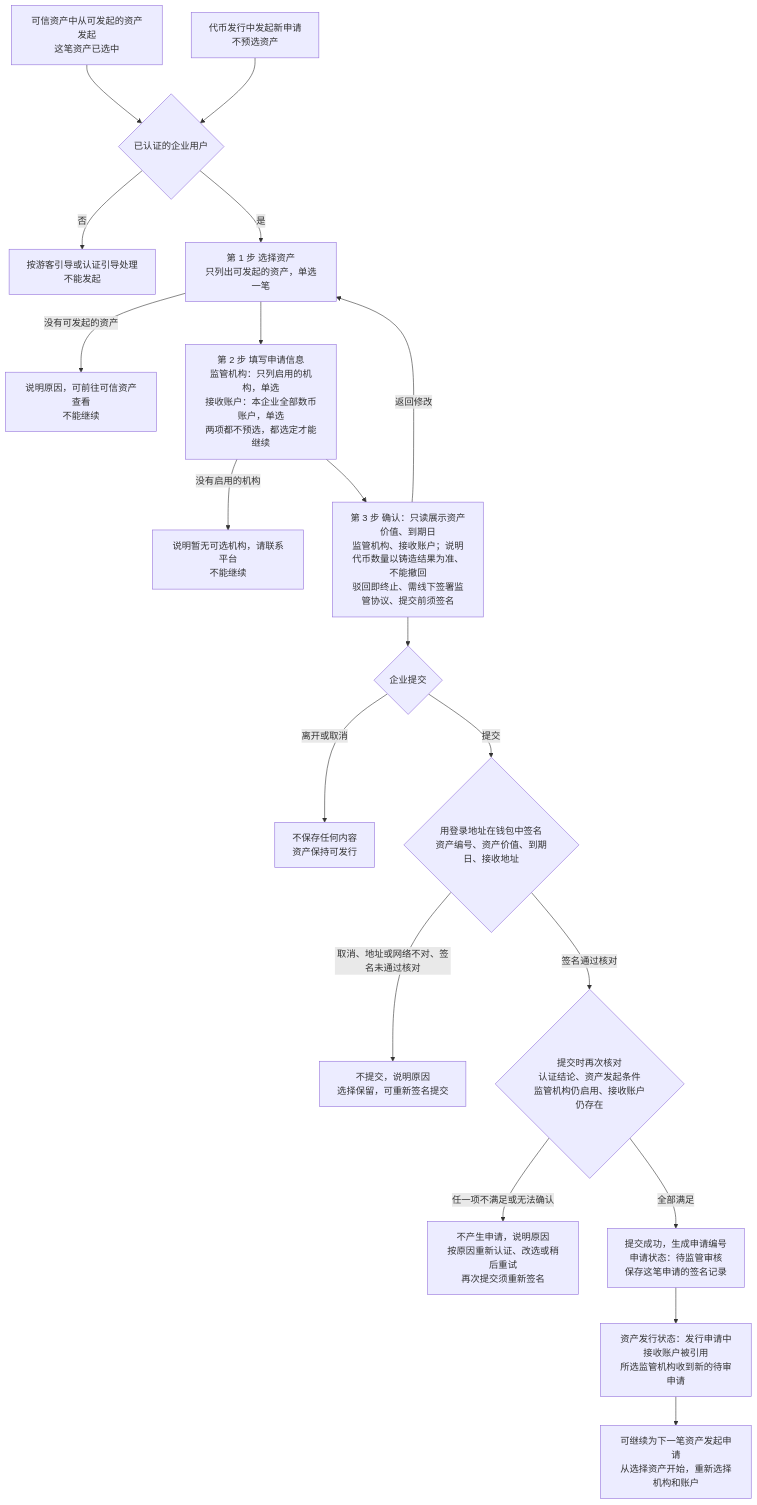
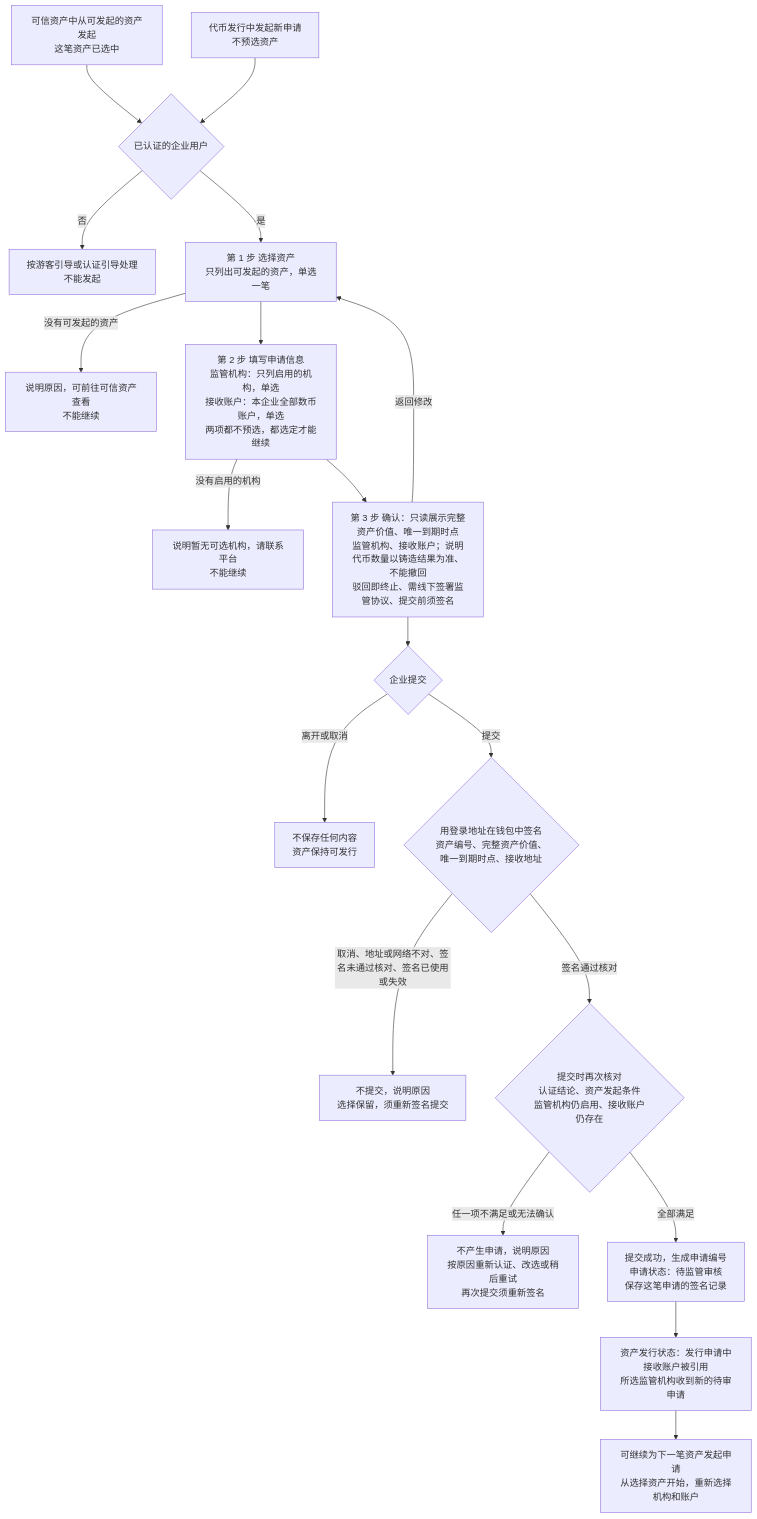
The first of 3 diagrams in token-issuance-platform/PRD/面客端/M3a-代币发行-企业申请/02-代币发行-企业申请-流程图与状态机.md (wxblockchain/Chain-Financing), drawn with Mermaid before and after one commit. The commit also changed 16 other files, not shown here.

````diff
--- a/token-issuance-platform/PRD/面客端/M3a-代币发行-企业申请/02-代币发行-企业申请-流程图与状态机.md
+++ b/token-issuance-platform/PRD/面客端/M3a-代币发行-企业申请/02-代币发行-企业申请-流程图与状态机.md
@@ -16,22 +16,22 @@
 ```mermaid
 flowchart TD
     A1[可信资产中从可发起的资产发起<br/>这笔资产已选中] --> B
     A2[代币发行中发起新申请<br/>不预选资产] --> B
     B{已认证的企业用户}
     B -->|否| B1[按游客引导或认证引导处理<br/>不能发起]
     B -->|是| C[第 1 步 选择资产<br/>只列出可发起的资产，单选一笔]
     C -->|没有可发起的资产| C1[说明原因，可前往可信资产查看<br/>不能继续]
     C --> D[第 2 步 填写申请信息<br/>监管机构：只列启用的机构，单选<br/>接收账户：本企业全部数币账户，单选<br/>两项都不预选，都选定才能继续]
     D -->|没有启用的机构| D1[说明暂无可选机构，请联系平台<br/>不能继续]
-    D --> F[第 3 步 确认：只读展示资产价值、到期日<br/>监管机构、接收账户；说明代币数量以铸造结果为准、不能撤回<br/>驳回即终止、需线下签署监管协议、提交前须签名]
+    D --> F[第 3 步 确认：只读展示完整资产价值、唯一到期时点<br/>监管机构、接收账户；说明代币数量以铸造结果为准、不能撤回<br/>驳回即终止、需线下签署监管协议、提交前须签名]
     F -->|返回修改| C
     F --> G{企业提交}
     G -->|离开或取消| G1[不保存任何内容<br/>资产保持可发行]
-    G -->|提交| S{用登录地址在钱包中签名<br/>资产编号、资产价值、到期日、接收地址}
-    S -->|取消、地址或网络不对、签名未通过核对| S1[不提交，说明原因<br/>选择保留，可重新签名提交]
+    G -->|提交| S{用登录地址在钱包中签名<br/>资产编号、完整资产价值、唯一到期时点、接收地址}
+    S -->|取消、地址或网络不对、签名未通过核对、签名已使用或失效| S1[不提交，说明原因<br/>选择保留，须重新签名提交]
     S -->|签名通过核对| H{提交时再次核对<br/>认证结论、资产发起条件<br/>监管机构仍启用、接收账户仍存在}
     H -->|任一项不满足或无法确认| H1[不产生申请，说明原因<br/>按原因重新认证、改选或稍后重试<br/>再次提交须重新签名]
     H -->|全部满足| I[提交成功，生成申请编号<br/>申请状态：待监管审核<br/>保存这笔申请的签名记录]
     I --> J[资产发行状态：发行申请中<br/>接收账户被引用<br/>所选监管机构收到新的待审申请]
     J --> K[可继续为下一笔资产发起申请<br/>从选择资产开始，重新选择机构和账户]
 ```
````
